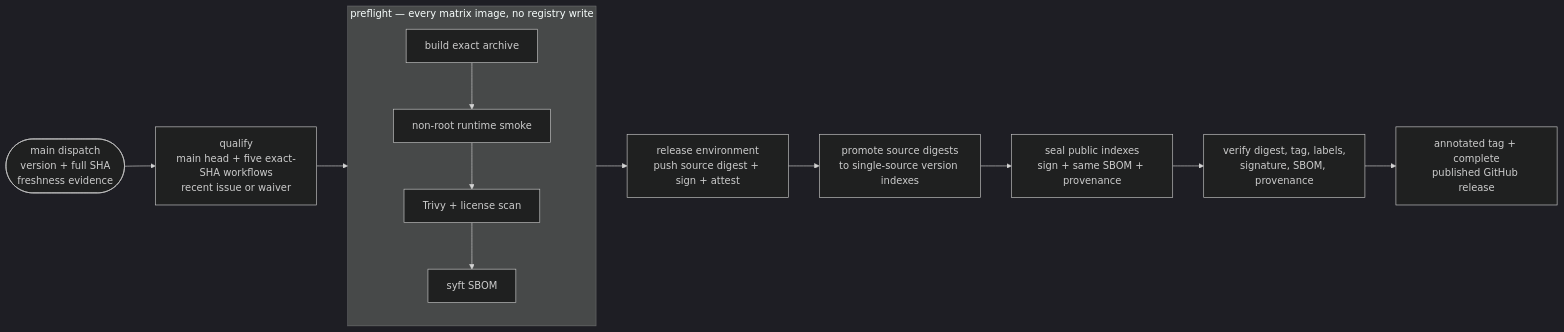
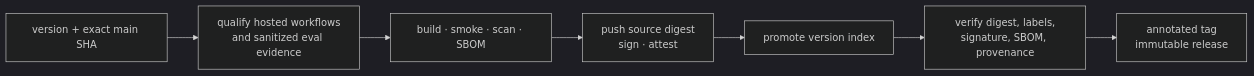
One commit to LuiGGi629/agentops-open-course changed the diagram in content/8. Community/8.2. Releases.md. Above: the diagram before and after it, drawn with Mermaid (dark theme). The commit also changed other lines of this file and 87 other files, not shown here.

````diff
--- a/content/8. Community/8.2. Releases.md
+++ b/content/8. Community/8.2. Releases.md
@@ -123,14 +97,9 @@
 ```mermaid
 flowchart LR
-    Dispatch(["main dispatch<br/>version + full SHA<br/>freshness evidence"]) --> Qualify["qualify<br/>main head + five exact-SHA workflows<br/>recent issue or waiver"]
-    Qualify --> Preflight
-    subgraph Preflight["preflight — every matrix image, no registry write"]
-        direction TB
-        B["build exact archive"] --> Smoke["non-root runtime smoke"] --> Scan["Trivy + license scan"] --> SBOM["syft SBOM"]
-    end
-    Preflight --> Publish["release environment<br/>push source digest + sign + attest"]
-    Publish --> Promote["promote source digests<br/>to single-source version indexes"]
-    Promote --> Seal["seal public indexes<br/>sign + same SBOM + provenance"]
-    Seal --> Verify["verify digest, tag, labels,<br/>signature, SBOM, provenance"]
-    Verify --> Release["annotated tag + complete<br/>published GitHub release"]
+    Candidate["version + exact main SHA"] --> Qualify["qualify hosted workflows<br/>and sanitized eval evidence"]
+    Qualify --> Preflight["build · smoke · scan · SBOM"]
+    Preflight --> Publish["push source digest<br/>sign · attest"]
+    Publish --> Promote["promote version index"]
+    Promote --> Verify["verify digest, labels,<br/>signature, SBOM, provenance"]
+    Verify --> Release["annotated tag<br/>immutable release"]
 ```
````
